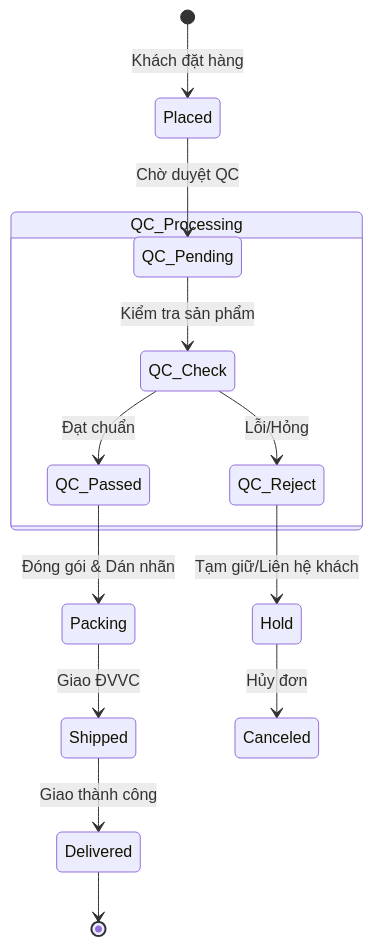
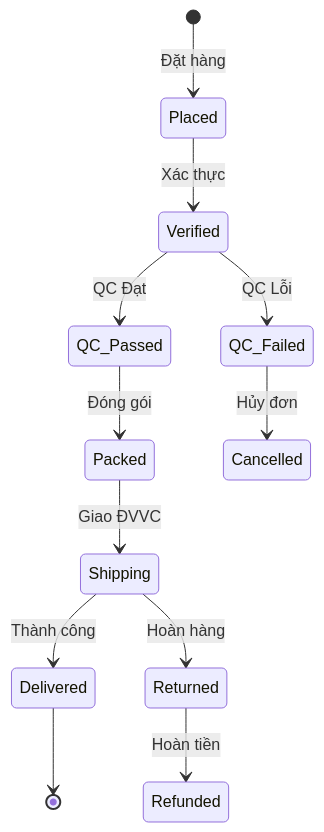
The fourth of 7 diagrams in Elementa_Technical_Design.md (hts2008/ELEMENTA_DEMO_MVP), drawn with Mermaid before and after one commit. The commit also changed other lines of this file, not shown here.

````diff
--- a/Elementa_Technical_Design.md
+++ b/Elementa_Technical_Design.md
@@ -383,19 +374,17 @@
 ```mermaid
 stateDiagram-v2
-    [*] --> Placed: Khách đặt hàng
-    Placed --> QC_Pending: Chờ duyệt QC
+    [*] --> Placed: Đặt hàng
+    Placed --> Verified: Xác thực
+    Verified --> QC_Passed: QC Đạt
+    Verified --> QC_Failed: QC Lỗi
 
-    state QC_Processing {
-        QC_Pending --> QC_Check: Kiểm tra sản phẩm
-        QC_Check --> QC_Passed: Đạt chuẩn
-        QC_Check --> QC_Reject: Lỗi/Hỏng
-    }
+    QC_Passed --> Packed: Đóng gói
+    Packed --> Shipping: Giao ĐVVC
 
-    QC_Passed --> Packing: Đóng gói & Dán nhãn
-    Packing --> Shipped: Giao ĐVVC
-    Shipped --> Delivered: Giao thành công
+    Shipping --> Delivered: Thành công
+    Shipping --> Returned: Hoàn hàng
 
-    QC_Reject --> Hold: Tạm giữ/Liên hệ khách
-    Hold --> Canceled: Hủy đơn
     Delivered --> [*]
+    QC_Failed --> Cancelled: Hủy đơn
+    Returned --> Refunded: Hoàn tiền
 ```
````
